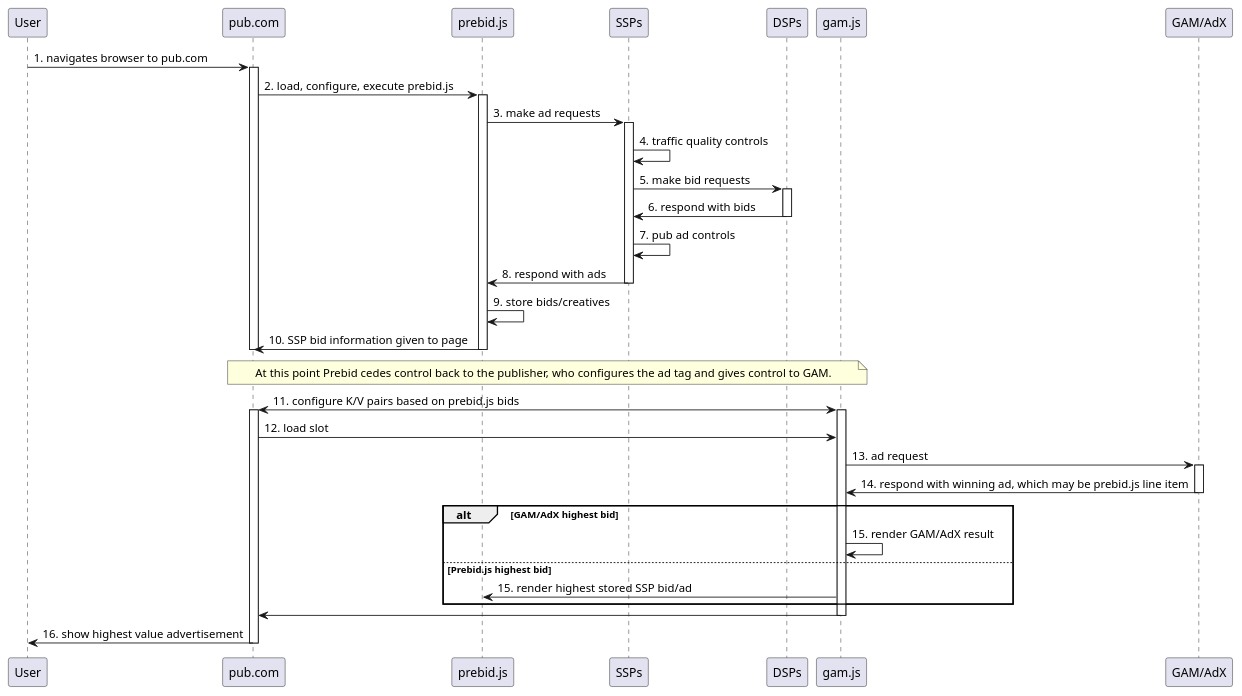
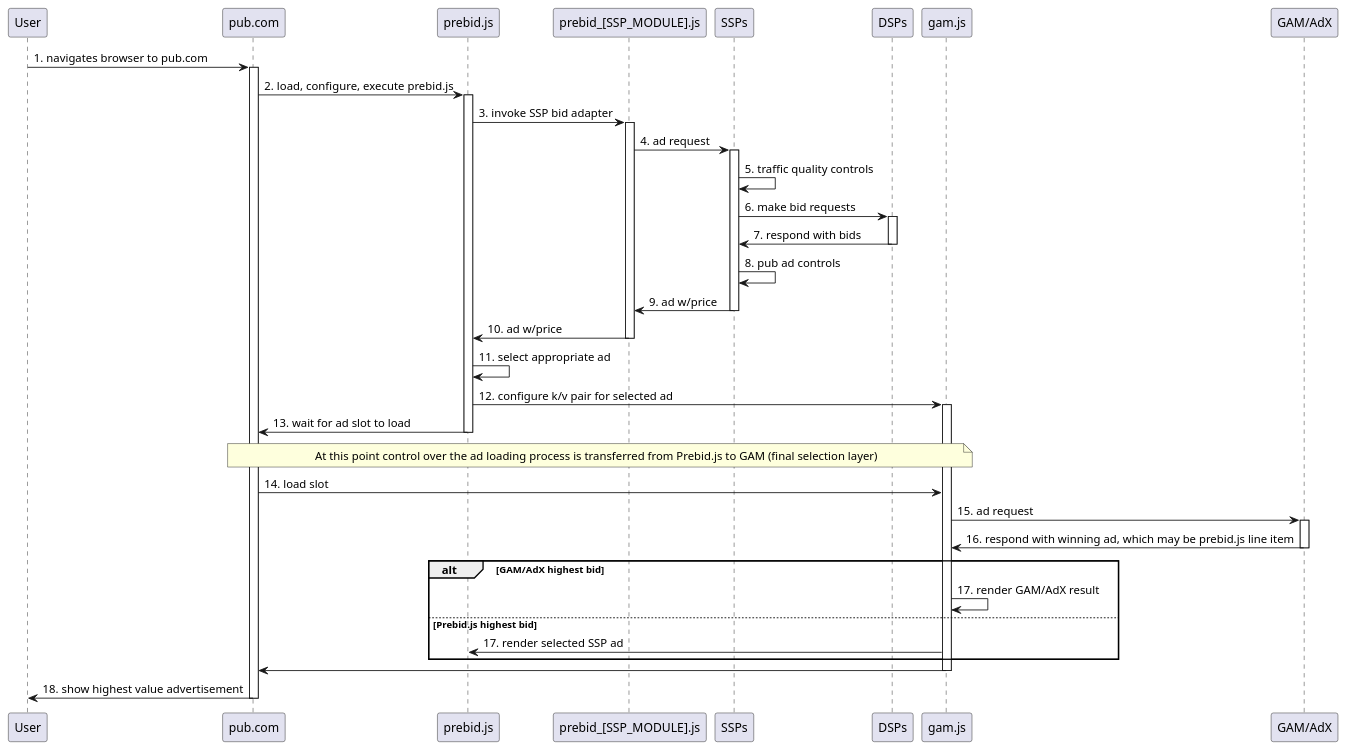
The diagram in prebid_statusquo.plantuml (JoelPM/prebid-td), drawn with PlantUML before and after one commit. The commit also changed 5 other files, not shown here.

Commit message:
Updates charts, more words. Nowhere near done.

```diff
--- a/prebid_statusquo.plantuml
+++ b/prebid_statusquo.plantuml
@@ -1,51 +1,55 @@
-@startuml prebid
+@startuml prebid_statusquo
 
 participant User
 participant "pub.com" as Pub
 participant "prebid.js" as Pbjs
+participant "prebid_[SSP_MODULE].js" as PbSspjs
 participant SSPs
 participant DSPs
 participant "gam.js" as Gmjs
 participant "GAM/AdX" as Gam
 
 User -> Pub: 1. navigates browser to pub.com
 activate Pub
 Pub -> Pbjs: 2. load, configure, execute prebid.js
 activate Pbjs
-Pbjs -> SSPs: 3. make ad requests
+Pbjs -> PbSspjs: 3. invoke SSP bid adapter
+activate PbSspjs
+PbSspjs -> SSPs: 4. ad request
 activate SSPs
-SSPs -> SSPs: 4. traffic quality controls
-SSPs -> DSPs: 5. make bid requests 
+SSPs -> SSPs: 5. traffic quality controls
+SSPs -> DSPs: 6. make bid requests 
 activate DSPs
-SSPs <- DSPs: 6. respond with bids
+SSPs <- DSPs: 7. respond with bids
 deactivate DSPs
-SSPs -> SSPs: 7. pub ad controls
-Pbjs <- SSPs: 8. respond with ads
+SSPs -> SSPs: 8. pub ad controls
+PbSspjs <- SSPs: 9. ad w/price
 deactivate SSPs
-Pbjs -> Pbjs: 9. store bids/creatives
-Pub <- Pbjs: 10. SSP bid information given to page
+Pbjs <- PbSspjs: 10. ad w/price
+deactivate PbSspjs
+
+Pbjs -> Pbjs: 11. select appropriate ad
+Pbjs -> Gmjs: 12. configure k/v pair for selected ad
+activate Gmjs
+Pub <- Pbjs: 13. wait for ad slot to load
 deactivate Pbjs
-deactivate Pub
 
 note over Pub, Gmjs
-At this point Prebid cedes control back to the publisher, who configures the ad tag and gives control to GAM.
+At this point control over the ad loading process is transferred from Prebid.js to GAM (final selection layer)
 end note
 
-Pub <-> Gmjs: 11. configure K/V pairs based on prebid.js bids
-activate Pub
-activate Gmjs
-Pub -> Gmjs: 12. load slot
-Gmjs -> Gam: 13. ad request
+Pub -> Gmjs: 14. load slot
+Gmjs -> Gam: 15. ad request
 activate Gam
-Gmjs <- Gam: 14. respond with winning ad, which may be prebid.js line item
+Gmjs <- Gam: 16. respond with winning ad, which may be prebid.js line item
 deactivate Gam
 alt GAM/AdX highest bid
-Gmjs -> Gmjs: 15. render GAM/AdX result
+Gmjs -> Gmjs: 17. render GAM/AdX result
 else Prebid.js highest bid
-Gmjs -> Pbjs: 15. render highest stored SSP bid/ad
+Gmjs -> Pbjs: 17. render selected SSP ad
 end
 Pub <- Gmjs
 deactivate Gmjs
-User <- Pub: 16. show highest value advertisement
+User <- Pub: 18. show highest value advertisement
 deactivate Pub
 @enduml
```
